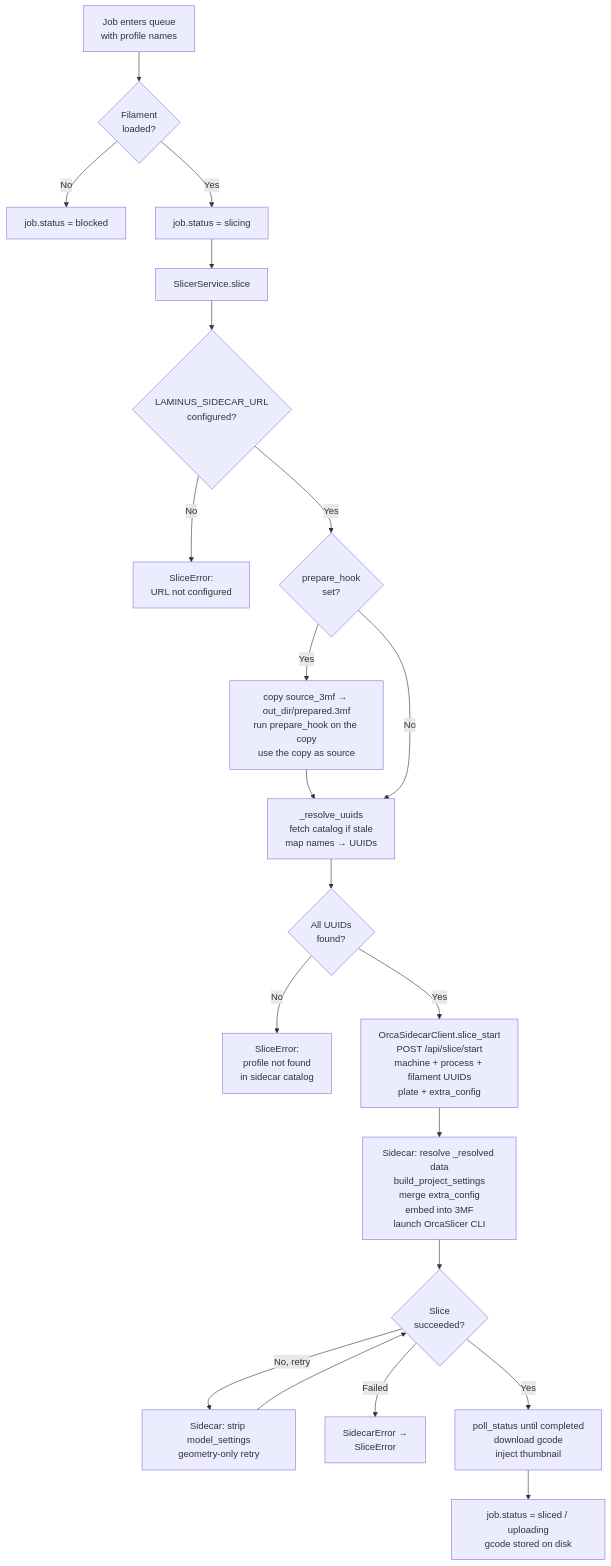
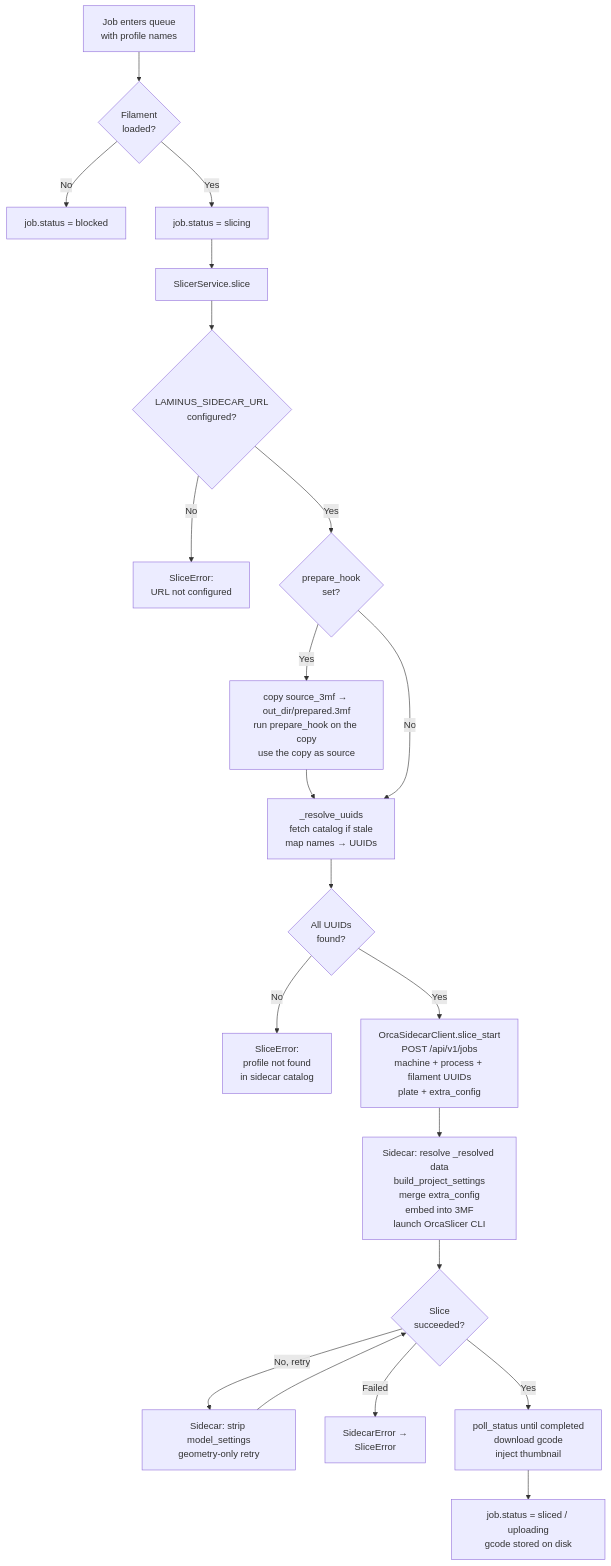
Before and after one commit to mgomezdev/themis: the ninth of 9 diagrams in docs/slicing-flow.md, drawn with Mermaid. The commit also changed other lines of this file and 12 other files, not shown here.

First line of the commit message:
Use Laminus /api/v1 routes in the sidecar client

````diff
--- a/docs/slicing-flow.md
+++ b/docs/slicing-flow.md
@@ -303,32 +303,32 @@
 ```mermaid
 flowchart TD
     A[Job enters queue\nwith profile names] --> B{Filament\nloaded?}
     B -- No --> C[job.status = blocked]
     B -- Yes --> D[job.status = slicing]
 
     D --> E[SlicerService.slice]
 
     E --> F{LAMINUS_SIDECAR_URL\nconfigured?}
     F -- No --> FAIL1[SliceError:\nURL not configured]
 
     F -- Yes --> G{prepare_hook\nset?}
     G -- Yes --> G2[copy source_3mf → out_dir/prepared.3mf\nrun prepare_hook on the copy\nuse the copy as source]
     G2 --> H[_resolve_uuids\nfetch catalog if stale\nmap names → UUIDs]
 
     G -- No --> H
 
     H --> I{All UUIDs\nfound?}
     I -- No --> FAIL3[SliceError:\nprofile not found\nin sidecar catalog]
 
-    I -- Yes --> J[OrcaSidecarClient.slice_start\nPOST /api/slice/start\nmachine + process + filament UUIDs\nplate + extra_config]
+    I -- Yes --> J[OrcaSidecarClient.slice_start\nPOST /api/v1/jobs\nmachine + process + filament UUIDs\nplate + extra_config]
 
     J --> K[Sidecar: resolve _resolved data\nbuild_project_settings\nmerge extra_config\nembed into 3MF\nlaunch OrcaSlicer CLI]
 
     K --> L{Slice\nsucceeded?}
     L -- No, retry --> M[Sidecar: strip model_settings\ngeometry-only retry]
     M --> L
     L -- Failed --> FAIL4[SidecarError →\nSliceError]
     L -- Yes --> N[poll_status until completed\ndownload gcode\ninject thumbnail]
 
     N --> O[job.status = sliced / uploading\ngcode stored on disk]
 ```
````
